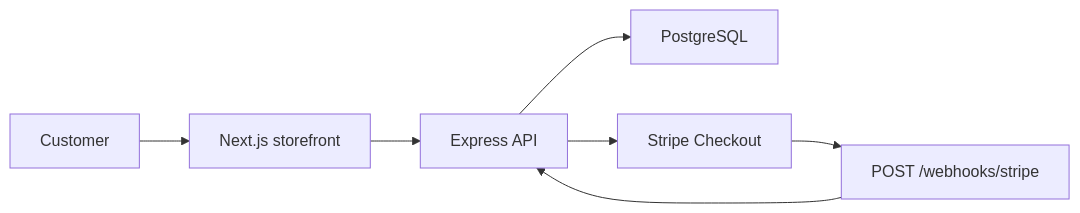
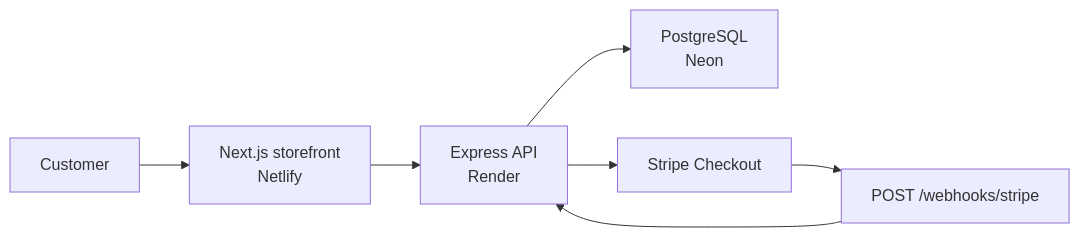
The diagram in README.md (Elli2022/nordstrand-commerce), drawn with Mermaid before and after one commit. The commit also changed other lines of this file, not shown here.

````diff
--- a/README.md
+++ b/README.md
@@ -19,9 +76,9 @@
 ```mermaid
 flowchart LR
-    User["Customer"] --> Web["Next.js storefront"]
-    Web --> API["Express API"]
-    API --> DB["PostgreSQL"]
+    User["Customer"] --> Web["Next.js storefront<br/>Netlify"]
+    Web --> API["Express API<br/>Render"]
+    API --> DB["PostgreSQL<br/>Neon"]
     API --> Stripe["Stripe Checkout"]
     Stripe --> Webhook["POST /webhooks/stripe"]
     Webhook --> API
 ```
````
